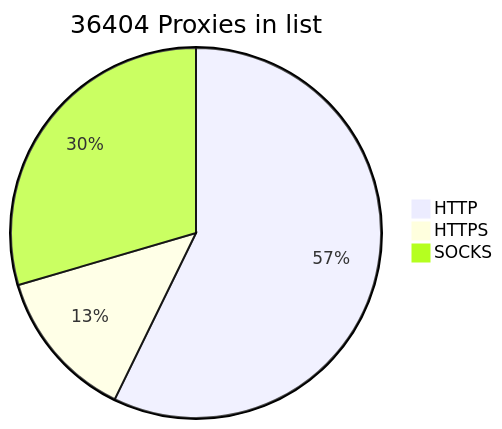
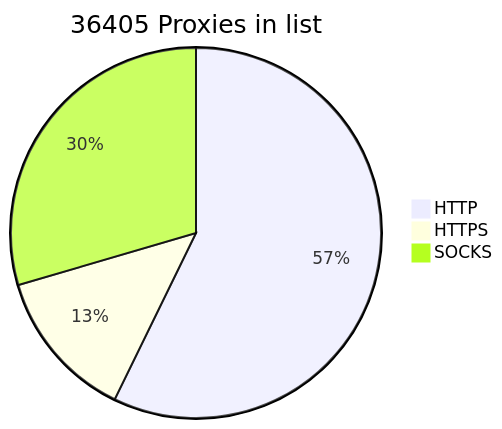
One commit to BlackSnowDot/proxylist-update-every-minute changed the diagram in README.md. Above: the diagram before and after it, drawn with Mermaid.

````diff
--- a/README.md
+++ b/README.md
@@ -2,6 +2,6 @@
 ```mermaid
-pie title 36404 Proxies in list
+pie title 36405 Proxies in list
     "HTTP" : 23146
-    "HTTPS": 5350
+    "HTTPS": 5351
     "SOCKS" : 11945
 ```
````
